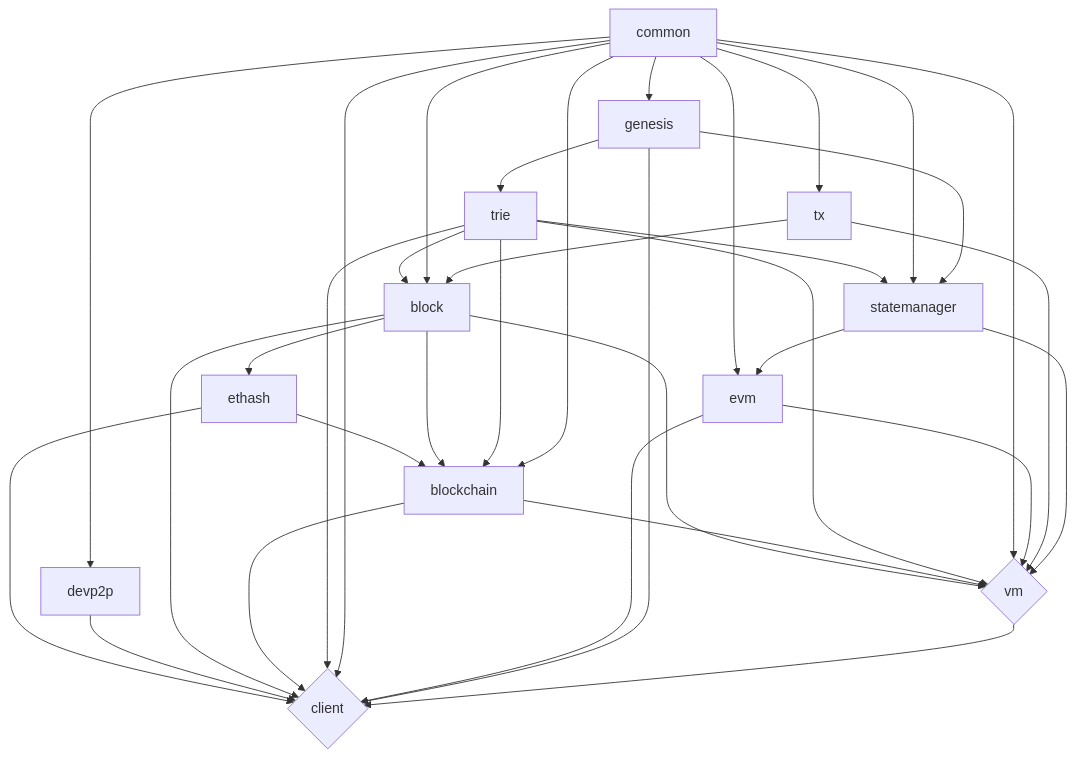
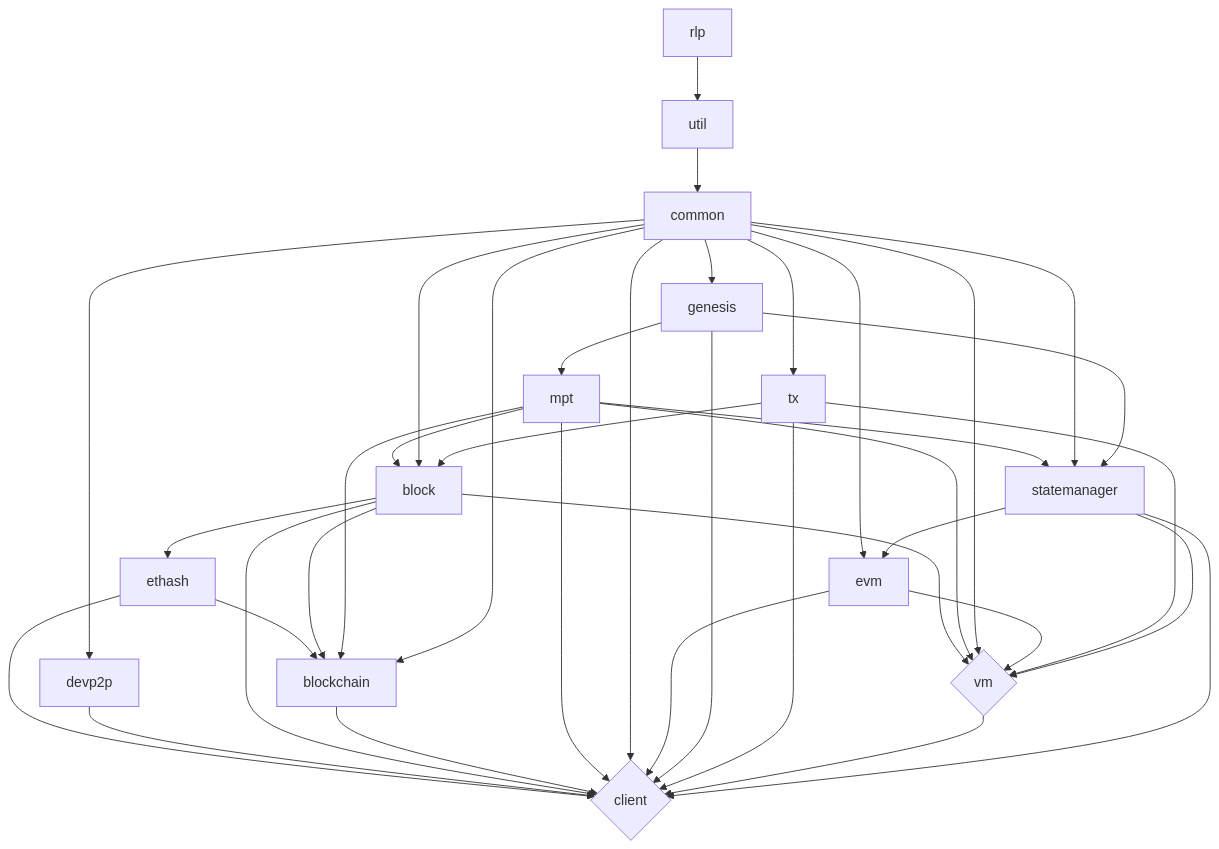
One commit to ethereumjs/ethereumjs-monorepo changed the diagram in README.md. Above: the diagram before and after it, drawn with Mermaid. The commit also changed other lines of this file and 5 other files, not shown here.

First line of the commit message:
update README.md to reflect trie -> mpt rename (#3727)

````diff
--- a/README.md
+++ b/README.md
@@ -64,38 +64,41 @@
 ```mermaid
  graph TD
    vm{vm}
    client{client}
    ethash --> blockchain
    ethash --> client
    devp2p --> client
    block --> client
    block --> blockchain
    block --> ethash
    block --> vm
    blockchain --> client
-   blockchain --> vm
-   trie --> client
-   trie --> vm
-   trie --> blockchain
-   trie --> block
-   trie --> statemanager
+   mpt --> client
+   mpt --> vm
+   mpt --> blockchain
+   mpt --> block
+   mpt --> statemanager
+   util --> common
    common --> block
    common --> statemanager
    common --> tx
    common --> blockchain
    common --> vm
    common --> evm
    common --> client
    common --> devp2p
    common --> genesis
    evm --> vm
    evm --> client
    genesis --> client
    genesis --> statemanager
-   genesis --> trie
+   genesis --> mpt
    tx --> block
    tx --> vm
+   tx --> client
    vm --> client
+   rlp --> util
    statemanager --> evm
    statemanager --> vm
+   statemanager --> client
 ```
````
